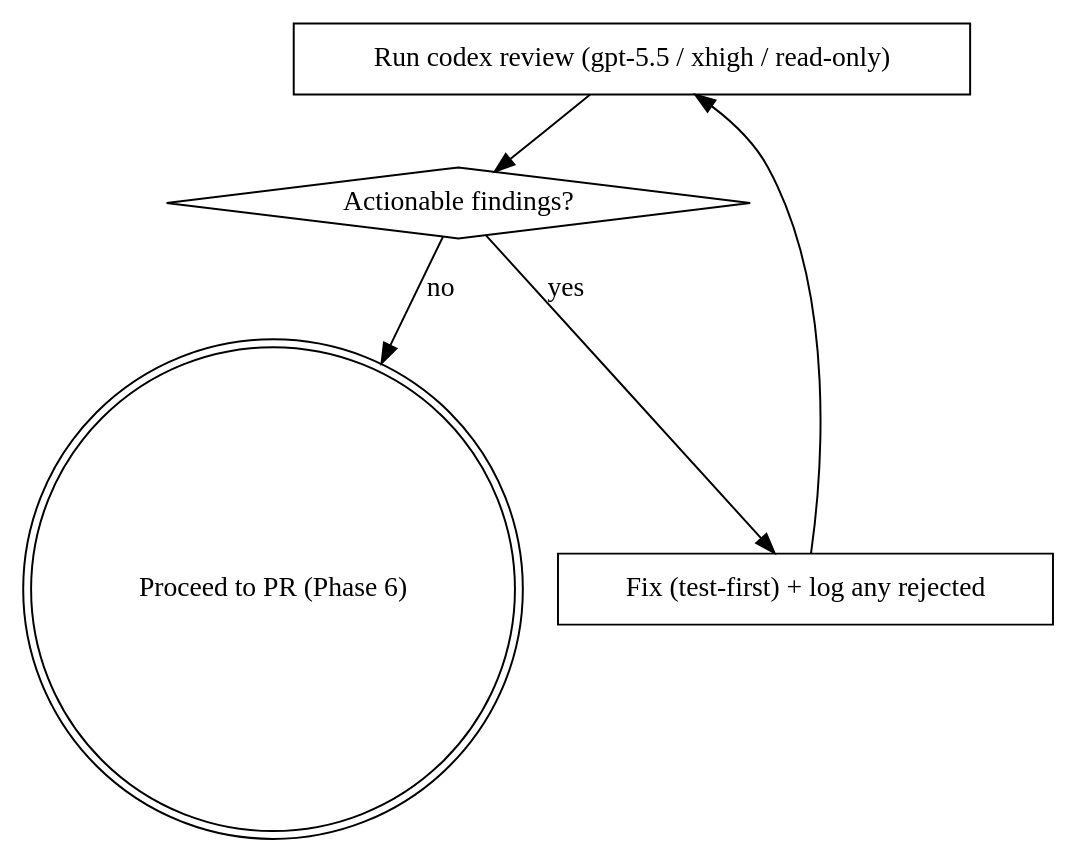
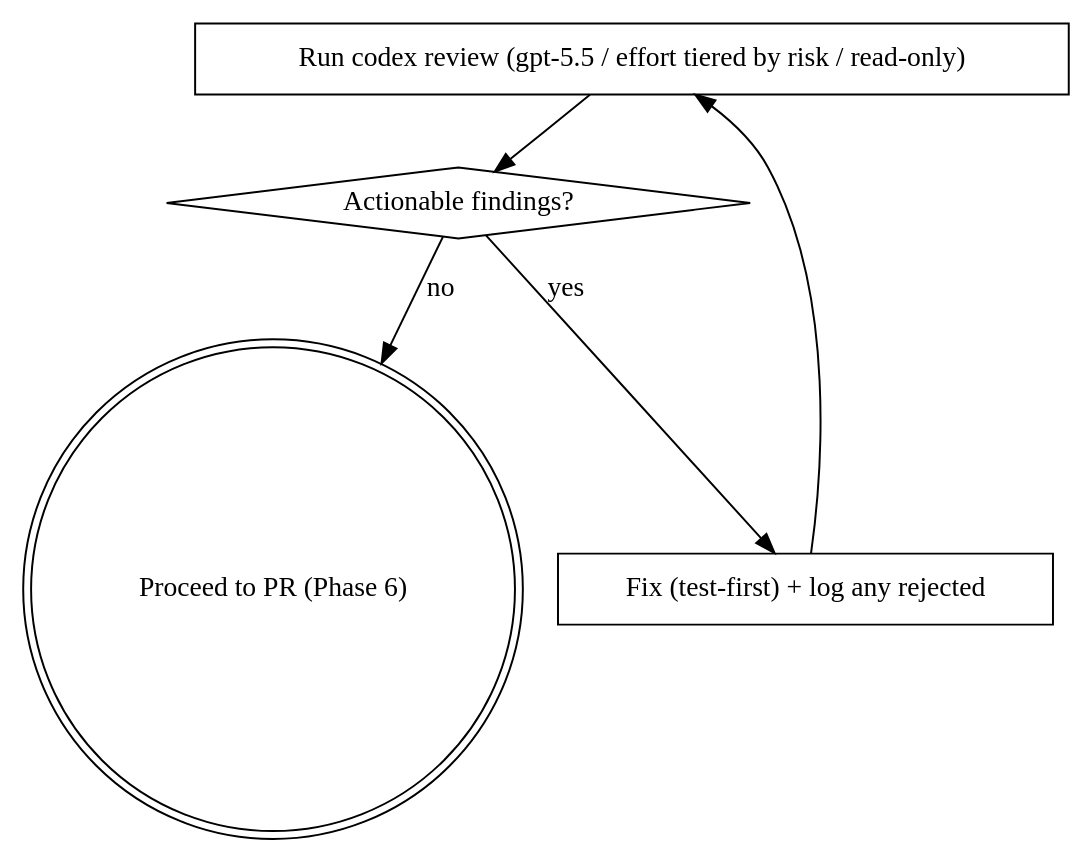
One commit to project-ax/ax-next changed the first of 2 diagrams in .claude/skills/yolo-ship/SKILL.md. Above: the diagram before and after it, drawn with Graphviz. The commit also changed other lines of this file and 1 other file, not shown here.

First line of the commit message:
feat(yolo-ship,dag-ship): tier review cost (#3) + concurrency cap (#4)

````diff
--- a/.claude/skills/yolo-ship/SKILL.md
+++ b/.claude/skills/yolo-ship/SKILL.md
@@ -62,13 +62,13 @@
 ```dot
 digraph codex_review {
-    "Run codex review (gpt-5.5 / xhigh / read-only)" [shape=box];
+    "Run codex review (gpt-5.5 / effort tiered by risk / read-only)" [shape=box];
     "Actionable findings?" [shape=diamond];
     "Fix (test-first) + log any rejected" [shape=box];
     "Proceed to PR (Phase 6)" [shape=doublecircle];
 
-    "Run codex review (gpt-5.5 / xhigh / read-only)" -> "Actionable findings?";
+    "Run codex review (gpt-5.5 / effort tiered by risk / read-only)" -> "Actionable findings?";
     "Actionable findings?" -> "Fix (test-first) + log any rejected" [label="yes"];
-    "Fix (test-first) + log any rejected" -> "Run codex review (gpt-5.5 / xhigh / read-only)";
+    "Fix (test-first) + log any rejected" -> "Run codex review (gpt-5.5 / effort tiered by risk / read-only)";
     "Actionable findings?" -> "Proceed to PR (Phase 6)" [label="no"];
 }
 ```
````
